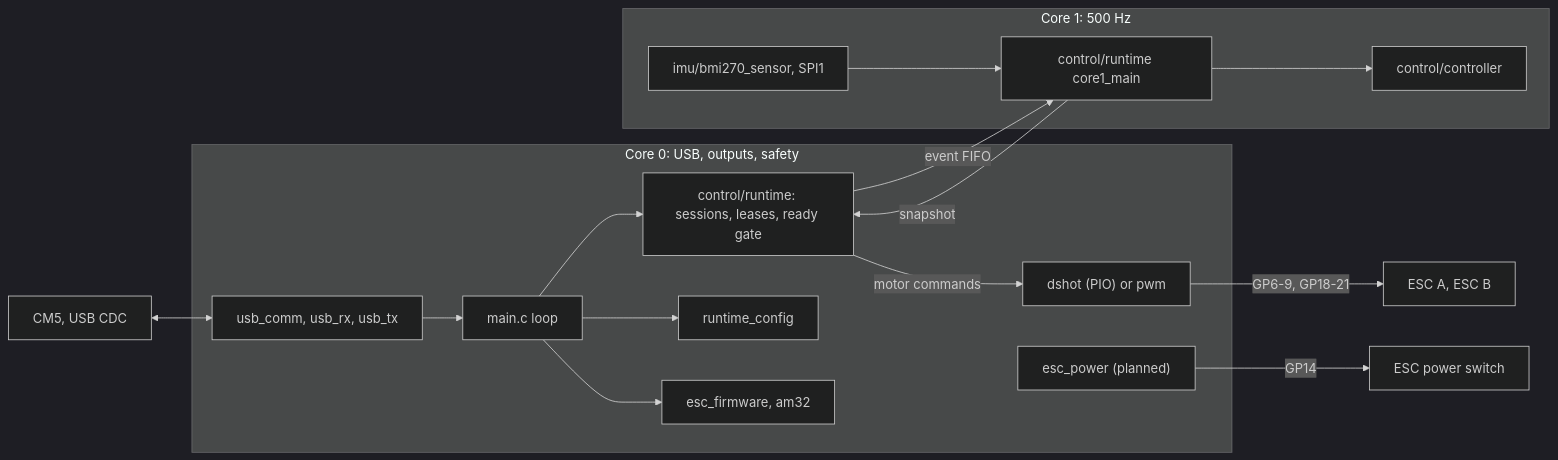
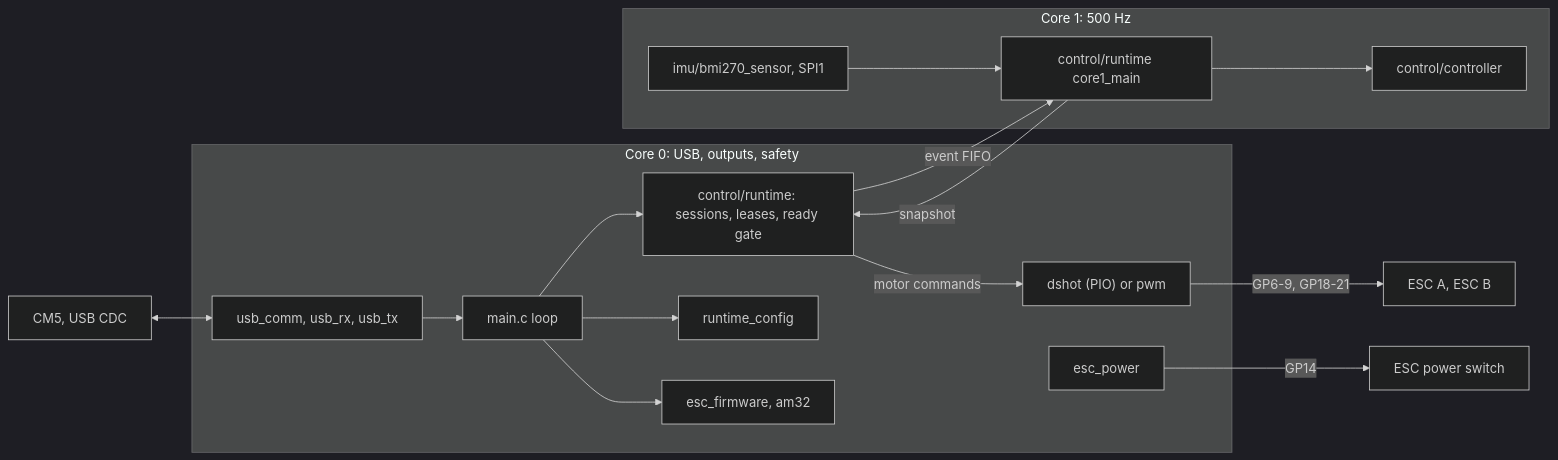
The second of 3 diagrams in docs/wiki/05-Building-Block-View.md (Tropaion/Manafish_Mainboard), drawn with Mermaid (dark theme) before and after one commit. The commit also changed other lines of this file and 42 other files, not shown here.

First line of the commit message:
Add the mainboard MCU target with an ESC power switch

````diff
--- a/docs/wiki/05-Building-Block-View.md
+++ b/docs/wiki/05-Building-Block-View.md
@@ -95,30 +95,30 @@
 ```mermaid
 flowchart LR
   host["CM5, USB CDC"]
   subgraph c0["Core 0: USB, outputs, safety"]
     usb["usb_comm, usb_rx, usb_tx"]
     loop["main.c loop"]
     rt0["control/runtime: sessions, leases, ready gate"]
     cfg["runtime_config"]
     escfw["esc_firmware, am32"]
     out["dshot (PIO) or pwm"]
-    pwrsm["esc_power (planned)"]
+    pwrsm["esc_power"]
   end
   subgraph c1["Core 1: 500 Hz"]
     rt1["control/runtime core1_main"]
     ctl["control/controller"]
     imu["imu/bmi270_sensor, SPI1"]
   end
   host <--> usb
   usb --> loop
   loop --> rt0
   loop --> cfg
   loop --> escfw
   rt0 -->|"event FIFO"| rt1
   imu --> rt1
   rt1 --> ctl
   rt1 -->|"snapshot"| rt0
   rt0 -->|"motor commands"| out
   out -->|"GP6-9, GP18-21"| escs["ESC A, ESC B"]
   pwrsm -->|"GP14"| sw["ESC power switch"]
 ```
````
